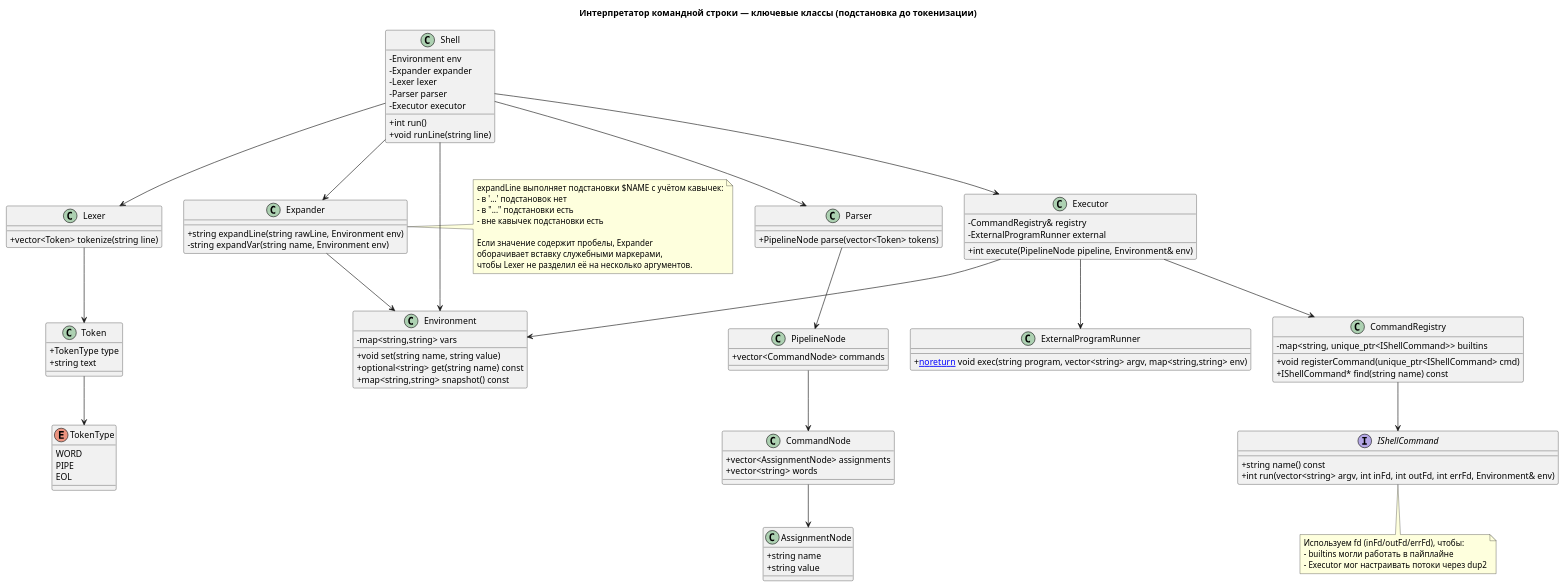
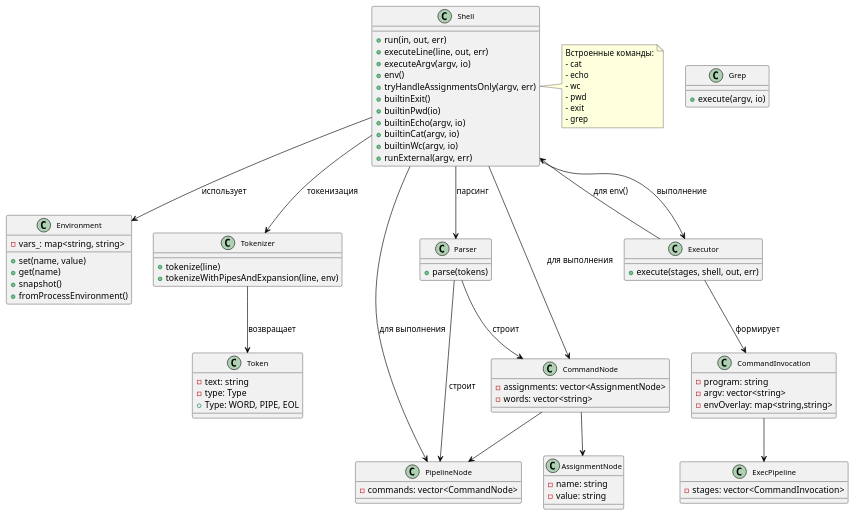
The diagram in docs/diagrams/classes.puml (Spydula/CLI-SD-HSE-2026), drawn with PlantUML before and after one commit. The commit also changed 9 other files, not shown here.

```diff
--- a/docs/diagrams/classes.puml
+++ b/docs/diagrams/classes.puml
@@ -1,122 +1,109 @@
 @startuml classes
-title Интерпретатор командной строки — ключевые классы (подстановка до токенизации)
-skinparam shadowing false
-skinparam classAttributeIconSize 0
 
-class Shell {
-  - Environment env
-  - Expander expander
-  - Lexer lexer
-  - Parser parser
-  - Executor executor
-  + int run()
-  + void runLine(string line)
+skinparam class {
+    BackgroundColor<<interface>> LightBlue
+    BorderColor Black
+    ArrowColor Black
+    FontSize 12
 }
 
-' ====== Pre-expansion ======
-class Expander {
-  + string expandLine(string rawLine, Environment env)
-  - string expandVar(string name, Environment env)
-}
-
-note right of Expander
-expandLine выполняет подстановки $NAME с учётом кавычек:
-- в '...' подстановок нет
-- в "..." подстановки есть
-- вне кавычек подстановки есть
-
-Если значение содержит пробелы, Expander
-оборачивает вставку служебными маркерами,
-чтобы Lexer не разделил её на несколько аргументов.
-end note
-
-' ====== Lexing/Parsing ======
-class Lexer {
-  + vector<Token> tokenize(string line)
-}
-
-enum TokenType {
-  WORD
-  PIPE
-  EOL
+' Описание классов
+class Environment {
+    - vars_: map<string, string>
+    + set(name, value)
+    + get(name)
+    + snapshot()
+    + fromProcessEnvironment()
 }
 
 class Token {
-  + TokenType type
-  + string text
+    - text: string
+    - type: Type
+    + Type: WORD, PIPE, EOL
+}
+
+class Tokenizer {
+    + tokenize(line)
+    + tokenizeWithPipesAndExpansion(line, env)
 }
 
 class Parser {
-  + PipelineNode parse(vector<Token> tokens)
+    + parse(tokens)
+}
+
+class CommandNode {
+    - assignments: vector<AssignmentNode>
+    - words: vector<string>
+}
+
+class AssignmentNode {
+    - name: string
+    - value: string
 }
 
 class PipelineNode {
-  + vector<CommandNode> commands
+    - commands: vector<CommandNode>
 }
 
-class CommandNode {
-  + vector<AssignmentNode> assignments
-  + vector<string> words
+class ExecPipeline {
+    - stages: vector<CommandInvocation>
 }
 
-class AssignmentNode {
-  + string name
-  + string value
+class CommandInvocation {
+    - program: string
+    - argv: vector<string>
+    - envOverlay: map<string,string>
 }
 
-' ====== Environment ======
-class Environment {
-  - map<string,string> vars
-  + void set(string name, string value)
-  + optional<string> get(string name) const
-  + map<string,string> snapshot() const
+class Executor {
+    + execute(stages, shell, out, err)
 }
 
-' ====== Commands ======
-interface IShellCommand {
-  + string name() const
-  + int run(vector<string> argv, int inFd, int outFd, int errFd, Environment& env)
+class Shell {
+    + run(in, out, err)
+    + executeLine(line, out, err)
+    + executeArgv(argv, io)
+    + env()
+    + tryHandleAssignmentsOnly(argv, err)
+    + builtinExit()
+    + builtinPwd(io)
+    + builtinEcho(argv, io)
+    + builtinCat(argv, io)
+    + builtinWc(argv, io)
+    + runExternal(argv, err)
 }
 
-class CommandRegistry {
-  - map<string, unique_ptr<IShellCommand>> builtins
-  + void registerCommand(unique_ptr<IShellCommand> cmd)
-  + IShellCommand* find(string name) const
+class Grep {
+    + execute(argv, io)
 }
 
-' ====== Execution ======
-class Executor {
-  - CommandRegistry& registry
-  - ExternalProgramRunner external
-  + int execute(PipelineNode pipeline, Environment& env)
-}
-
-class ExternalProgramRunner {
-  + [[noreturn]] void exec(string program, vector<string> argv, map<string,string> env)
-}
-
-Shell --> Expander
-Shell --> Lexer
-Shell --> Parser
-Shell --> Executor
-Shell --> Environment
-
-Expander --> Environment
-Lexer --> Token
-Token --> TokenType
-Parser --> PipelineNode
-PipelineNode --> CommandNode
-CommandNode --> AssignmentNode
-
-Executor --> CommandRegistry
-CommandRegistry --> IShellCommand
-Executor --> ExternalProgramRunner
-Executor --> Environment
-
-note bottom of IShellCommand
-Используем fd (inFd/outFd/errFd), чтобы:
-- builtins могли работать в пайплайне
-- Executor мог настраивать потоки через dup2
+note right of Shell
+    Встроенные команды:
+    - cat
+    - echo
+    - wc
+    - pwd
+    - exit
+    - grep
 end note
 
+' Связи
+Shell --> Environment : использует
+Shell --> Tokenizer : токенизация
+Shell --> Parser : парсинг
+Shell --> Executor : выполнение
+
+Tokenizer --> Token : возвращает
+Parser --> CommandNode : строит
+Parser --> PipelineNode : строит
+Executor --> CommandInvocation : формирует
+Executor --> Shell : для env()
+
+CommandNode --> AssignmentNode
+CommandNode --> PipelineNode
+CommandInvocation --> ExecPipeline
+
+Shell --> CommandNode : для выполнения
+Shell --> PipelineNode : для выполнения
+
 @enduml
```
